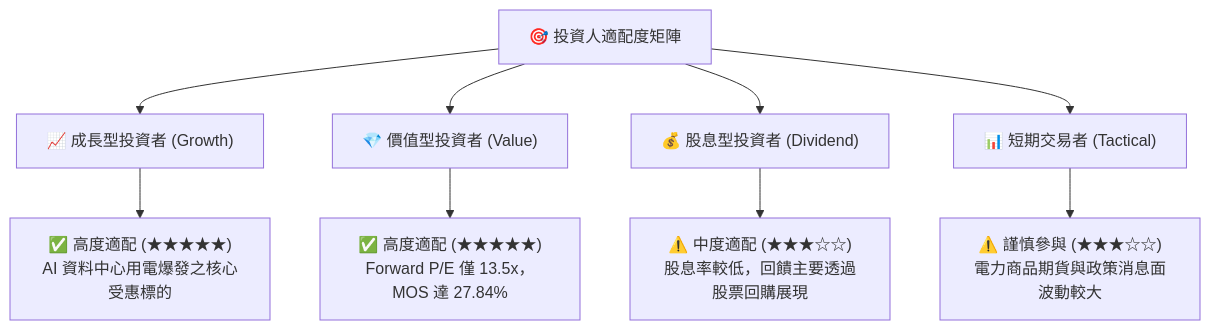
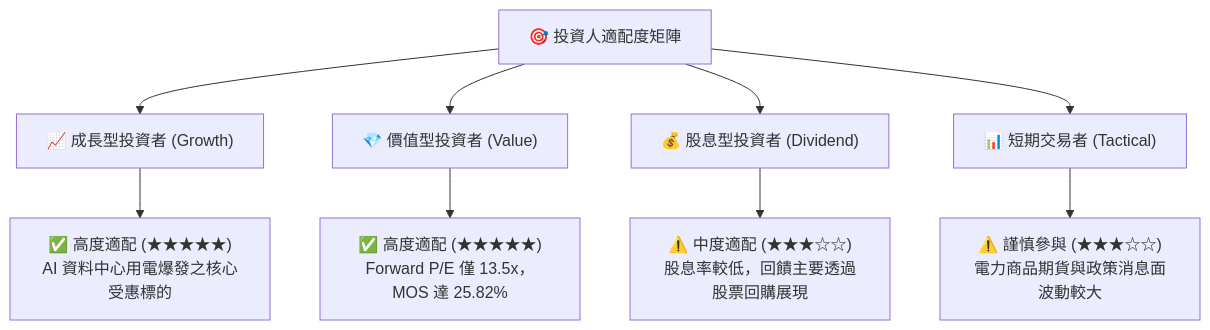
Diagram 15 of 15 in ai_gen_report/fundamental/vst/fundamental_analysis_2026-10-23_gemini.md (yennanliu/finance_data), drawn with Mermaid before and after one commit. The commit also changed other lines of this file and 339 other files, not shown here.

````diff
--- a/ai_gen_report/fundamental/vst/fundamental_analysis_2026-10-23_gemini.md
+++ b/ai_gen_report/fundamental/vst/fundamental_analysis_2026-10-23_gemini.md
@@ -1106,14 +1106,14 @@
 ```mermaid
 graph TD
     INV["🎯 投資人適配度矩陣"]
 
     INV --> G["📈 成長型投資者 (Growth)"]
     INV --> V["💎 價值型投資者 (Value)"]
     INV --> D["💰 股息型投資者 (Dividend)"]
     INV --> T["📊 短期交易者 (Tactical)"]
 
     G --> G1["✅ 高度適配 (★★★★★)<br/>AI 資料中心用電爆發之核心受惠標的"]
-    V --> V1["✅ 高度適配 (★★★★★)<br/>Forward P/E 僅 13.5x，MOS 達 27.84%"]
+    V --> V1["✅ 高度適配 (★★★★★)<br/>Forward P/E 僅 13.5x，MOS 達 25.82%"]
     D --> D1["⚠️ 中度適配 (★★★☆☆)<br/>股息率較低，回饋主要透過股票回購展現"]
     T --> T1["⚠️ 謹慎參與 (★★★☆☆)<br/>電力商品期貨與政策消息面波動較大"]
 ```
````
